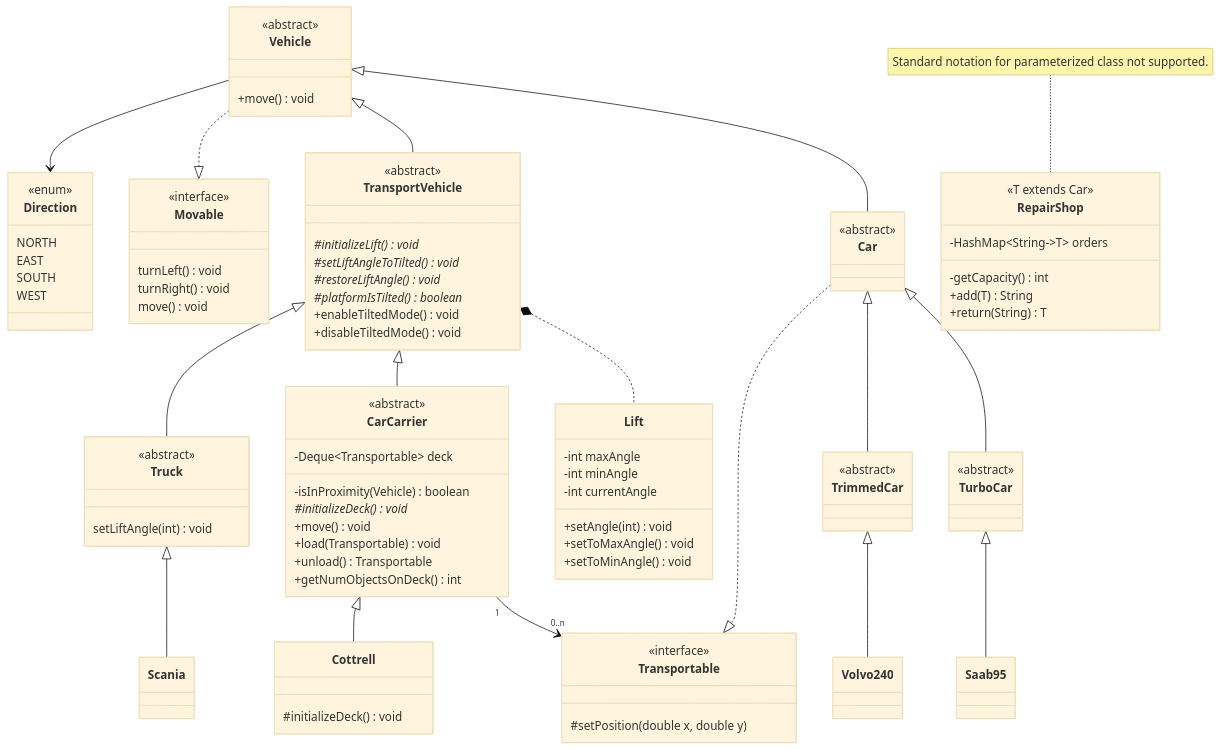
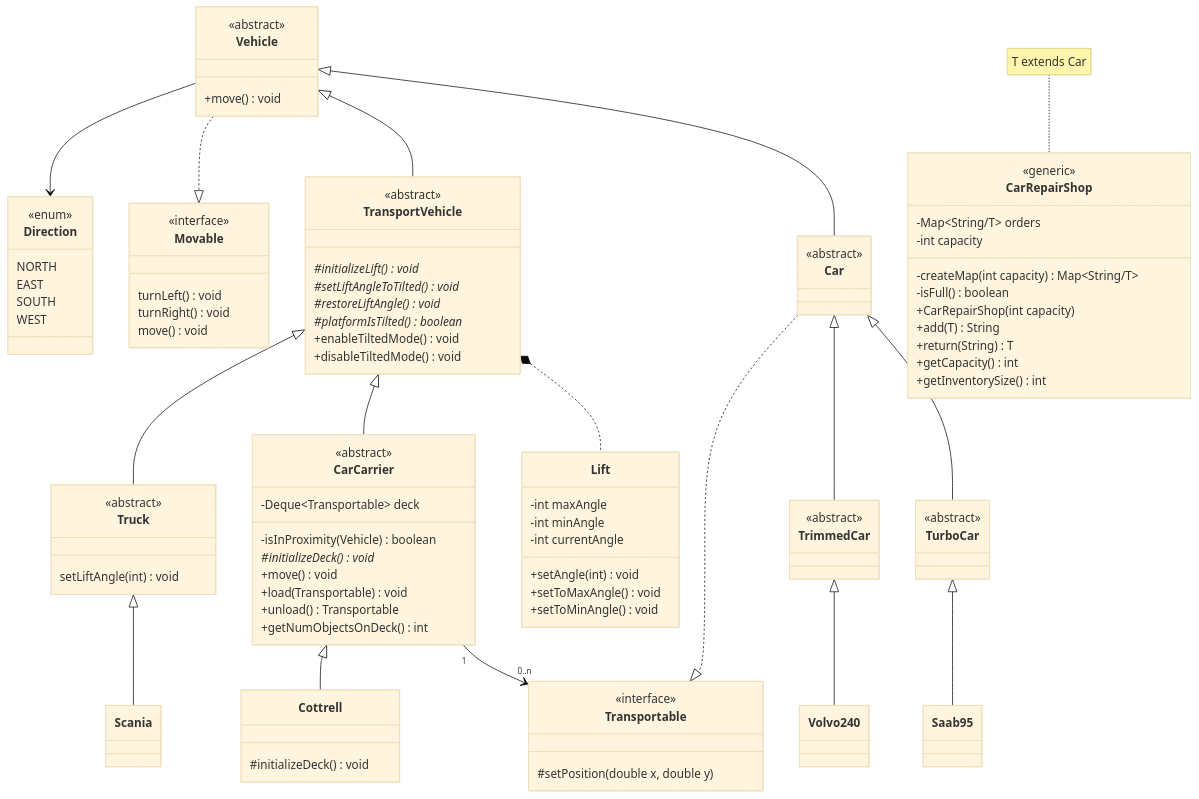
The diagram in docs/class-diagram.mermaid (hasicx/TDA553-lab1), drawn with Mermaid (base theme) before and after one commit.

Commit message:
docs: Finalize diagram for CarRepairShop

```diff
--- a/docs/class-diagram.mermaid
+++ b/docs/class-diagram.mermaid
@@ -1,113 +1,118 @@
 classDiagram
 
   class Direction {
     <<enum>>
     NORTH
     EAST
     SOUTH
     WEST
   }
 
   class Transportable {
     <<interface>>
     #setPosition(double x, double y)
   }
 
   class Movable{
     <<interface>>
     turnLeft() void
     turnRight() void
     move() void
   }
 
-  class RepairShop {
-    <<T extends Car>>
-    %% No support for generics with two parameters
-    -HashMap~String->T~ orders
-    -getCapacity() int
+  class CarRepairShop {
+    <<generic>>
+    %% Comma-separated type-parameter lists not supported for generics. Use / to separate.
+    -Map~String/T~ orders
+    -int capacity
+    -createMap(int capacity) Map~String/T~
+    -isFull() boolean
+    +CarRepairShop(int capacity)
     +add(T) String
     +return(String) T
+    +getCapacity() int
+    +getInventorySize() int
   }
-  note for RepairShop "Standard notation for parameterized class not supported."
+  note for CarRepairShop "T extends Car"
 
   class Vehicle{
     <<abstract>>
     +move() void
   }
 
   class TransportVehicle {
     <<abstract>>
     #initializeLift() void*
     #setLiftAngleToTilted() void*
     #restoreLiftAngle() void*
     #platformIsTilted() boolean*
     +enableTiltedMode() void
     +disableTiltedMode() void
   }
 
   class CarCarrier {
     <<abstract>>
     -Deque~Transportable~ deck
     -isInProximity(Vehicle) boolean
     #initializeDeck() void*
     +move() void
     +load(Transportable) void
     +unload() Transportable
     +getNumObjectsOnDeck() int
   }
 
   class Cottrell {
     #initializeDeck() void
   }
 
   class Truck {
     <<abstract>>
     setLiftAngle(int) void
   }
 
   class Scania {
   }
 
   class Lift {
     -int maxAngle
     -int minAngle
     -int currentAngle
     +setAngle(int) void
     +setToMaxAngle() void
     +setToMinAngle() void
   }
 
   class Car {
     <<abstract>>
   }
 
   class TrimmedCar {
     <<abstract>>
   }
 
   class TurboCar {
     <<abstract>>
   }
 
   class Volvo240 {
   }
 
   class Saab95 {
   }
 
 
 Vehicle --> Direction
 Vehicle ..|> Movable
 Vehicle <|-- TransportVehicle
 Vehicle <|-- Car
 TransportVehicle <|-- Truck
 TransportVehicle <|-- CarCarrier
 TransportVehicle *.. Lift
 Truck <|-- Scania
 CarCarrier <|-- Cottrell
 CarCarrier "1" --> "0..n" Transportable
 Car ..|> Transportable
 Car <|-- TrimmedCar
 Car <|-- TurboCar
 TrimmedCar <|-- Volvo240
 TurboCar <|-- Saab95
```
